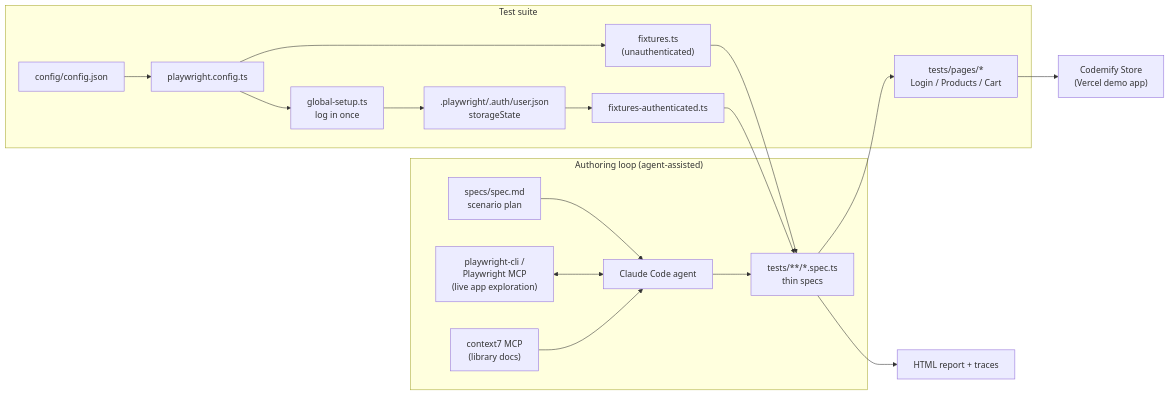
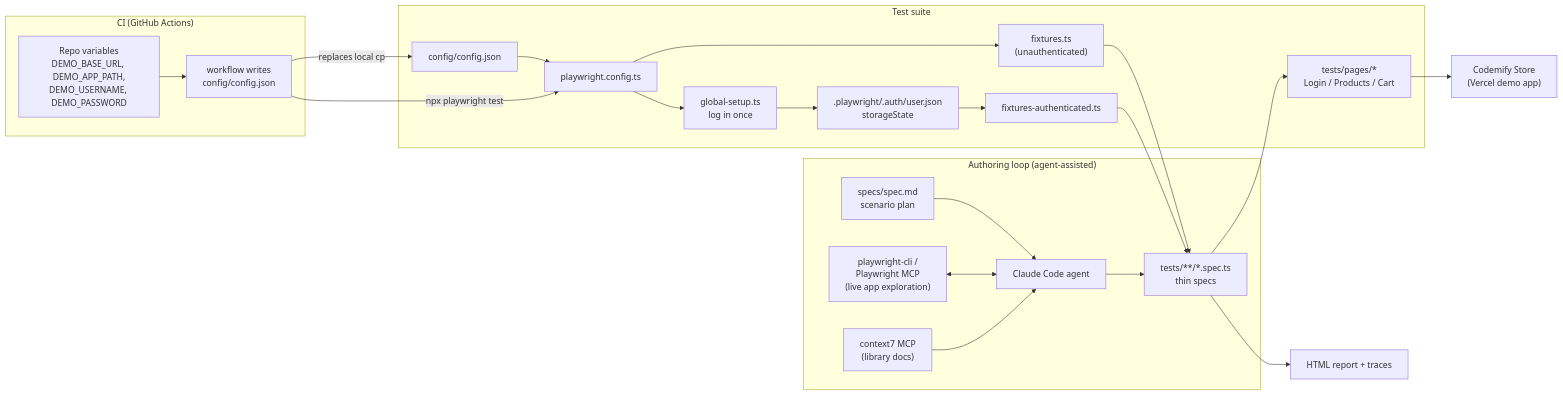
Before and after one commit to srabaniupadhyaya/playwright-agentic-testing: the diagram in README.md, drawn with Mermaid.

Commit message:
docs: add CI path to README architecture diagram

````diff
--- a/README.md
+++ b/README.md
@@ -29,23 +29,30 @@
 ```mermaid
 flowchart LR
     subgraph Authoring["Authoring loop (agent-assisted)"]
         SPEC["specs/spec.md<br/>scenario plan"] --> AGENT["Claude Code agent"]
         CLI["playwright-cli /<br/>Playwright MCP<br/>(live app exploration)"] <--> AGENT
         C7["context7 MCP<br/>(library docs)"] --> AGENT
         AGENT --> TESTS
     end
 
     subgraph Suite["Test suite"]
         CFG["config/config.json"] --> PWC["playwright.config.ts"]
         PWC --> GS["global-setup.ts<br/>log in once"]
         GS --> AUTH[".playwright/.auth/user.json<br/>storageState"]
         AUTH --> FA["fixtures-authenticated.ts"]
         PWC --> FU["fixtures.ts<br/>(unauthenticated)"]
         FU --> TESTS["tests/**/*.spec.ts<br/>thin specs"]
         FA --> TESTS
         TESTS --> POM["tests/pages/*<br/>Login / Products / Cart"]
     end
 
+    subgraph CI["CI (GitHub Actions)"]
+        VARS["Repo variables<br/>DEMO_BASE_URL, DEMO_APP_PATH,<br/>DEMO_USERNAME, DEMO_PASSWORD"] --> WF["workflow writes<br/>config/config.json"]
+    end
+
+    WF -->|"replaces local cp"| CFG
+    WF -->|"npx playwright test"| PWC
+
     POM --> APP["Codemify Store<br/>(Vercel demo app)"]
     TESTS --> REPORT["HTML report + traces"]
 ```
````
